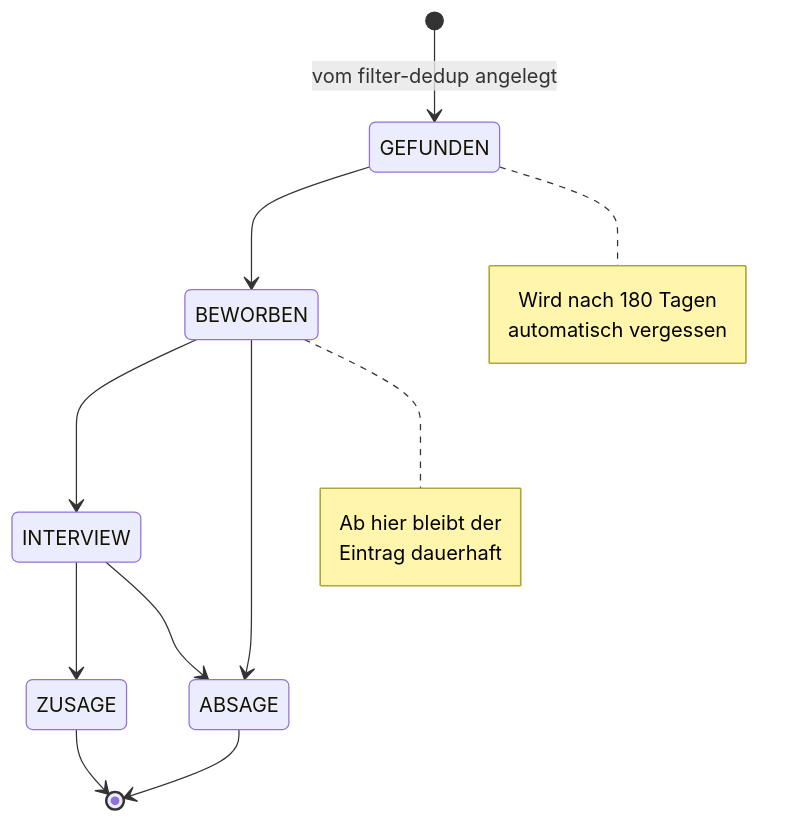
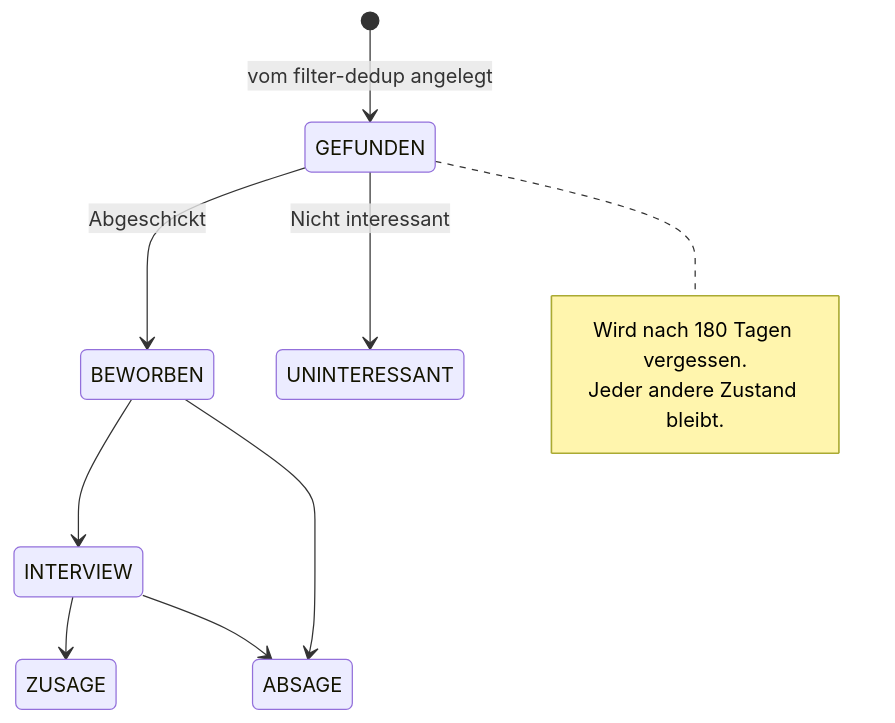
One commit to mariohansen/JobRadar changed the third of 3 diagrams in README.md. Above: the diagram before and after it, drawn with Mermaid. The commit also changed other lines of this file, not shown here.

First line of the commit message:
README kuerzen und Architekturdiagramm entzerren

````diff
--- a/README.md
+++ b/README.md
@@ -316,20 +214,15 @@
 ```mermaid
 stateDiagram-v2
     [*] --> GEFUNDEN: vom filter-dedup angelegt
-    GEFUNDEN --> BEWORBEN
+    GEFUNDEN --> BEWORBEN: Abgeschickt
+    GEFUNDEN --> UNINTERESSANT: Nicht interessant
     BEWORBEN --> INTERVIEW
     BEWORBEN --> ABSAGE
     INTERVIEW --> ZUSAGE
     INTERVIEW --> ABSAGE
-    ZUSAGE --> [*]
-    ABSAGE --> [*]
 
     note right of GEFUNDEN
-        Wird nach 180 Tagen
-        automatisch vergessen
-    end note
-    note right of BEWORBEN
-        Ab hier bleibt der
-        Eintrag dauerhaft
+        Wird nach 180 Tagen vergessen.
+        Jeder andere Zustand bleibt.
     end note
 ```
````
